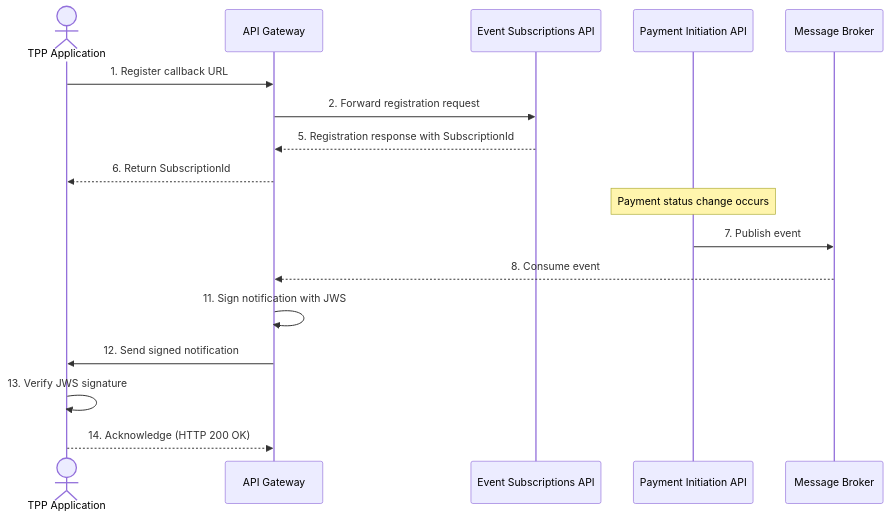
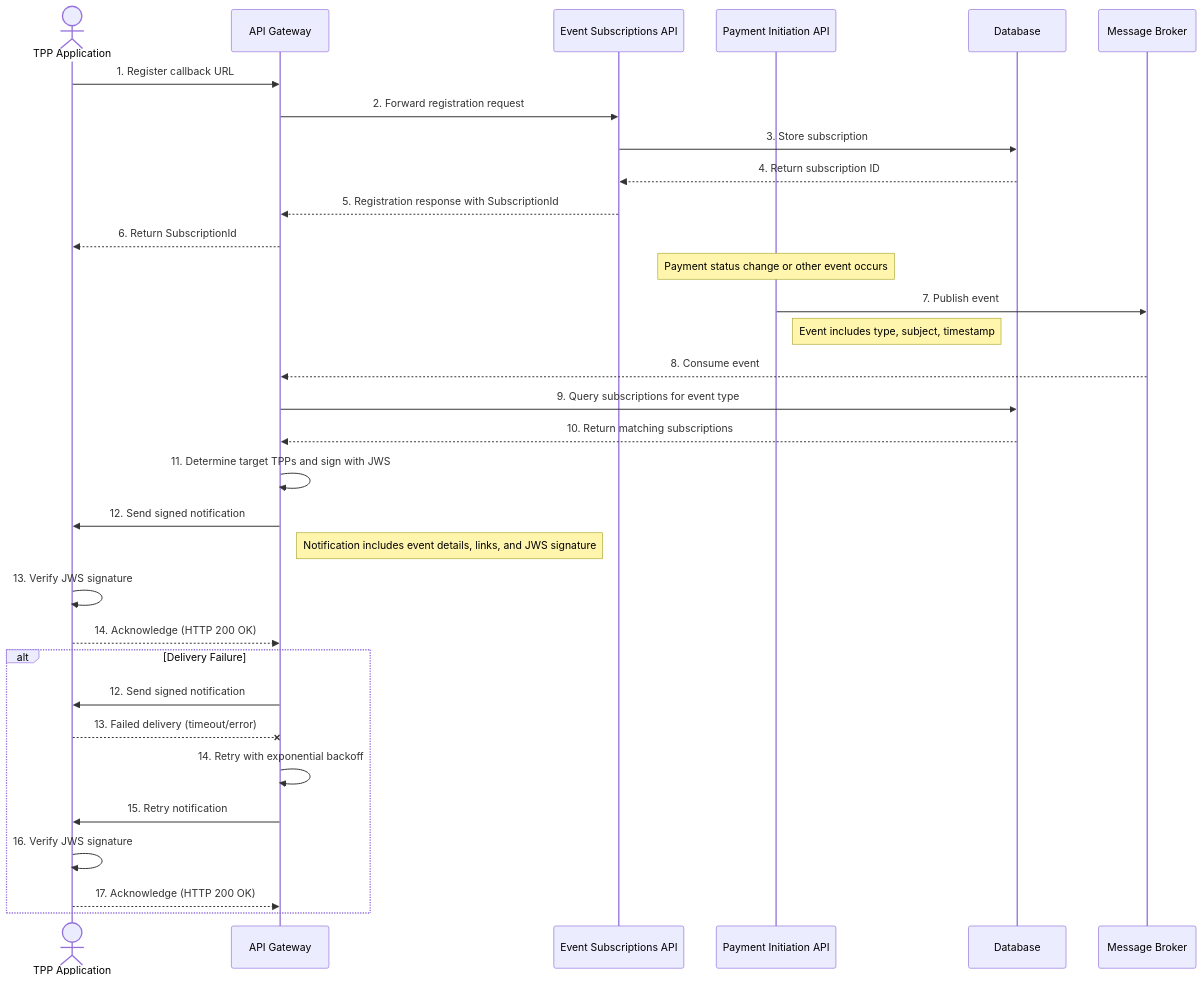
The fourth of 4 diagrams in tyk-docs/content/use-cases/financial-services.md (TykTechnologies/tyk-docs-hugo), drawn with Mermaid before and after one commit. The commit also changed other lines of this file, not shown here.

````diff
--- a/tyk-docs/content/use-cases/financial-services.md
+++ b/tyk-docs/content/use-cases/financial-services.md
@@ -179,23 +272,44 @@
 ```mermaid
 sequenceDiagram
     actor TPP as TPP Application
     participant Gateway as API Gateway
     participant EventAPI as Event Subscriptions API
     participant PaymentAPI as Payment Initiation API
+    participant DB as Database
     participant Kafka as Message Broker
     
+    %% Subscription Registration
     TPP->>Gateway: 1. Register callback URL
     Gateway->>EventAPI: 2. Forward registration request
+    EventAPI->>DB: 3. Store subscription
+    DB-->>EventAPI: 4. Return subscription ID
     EventAPI-->>Gateway: 5. Registration response with SubscriptionId
     Gateway-->>TPP: 6. Return SubscriptionId
     
-    Note over PaymentAPI: Payment status change occurs
+    %% Event Generation
+    Note over PaymentAPI: Payment status change or other event occurs
     PaymentAPI->>Kafka: 7. Publish event
+    Note right of PaymentAPI: Event includes type, subject, timestamp
     
+    %% Event Processing
     Kafka-->>Gateway: 8. Consume event
-    Gateway->>Gateway: 11. Sign notification with JWS
+    Gateway->>DB: 9. Query subscriptions for event type
+    DB-->>Gateway: 10. Return matching subscriptions
+    Gateway->>Gateway: 11. Determine target TPPs and sign with JWS
     
+    %% Notification Delivery
     Gateway->>TPP: 12. Send signed notification
+    Note right of Gateway: Notification includes event details, links, and JWS signature
     TPP->>TPP: 13. Verify JWS signature
     TPP-->>Gateway: 14. Acknowledge (HTTP 200 OK)
+    
+    %% Error Handling (Alternative Flow)
+    alt Delivery Failure
+        Gateway->>TPP: 12. Send signed notification
+        TPP--xGateway: 13. Failed delivery (timeout/error)
+        Gateway->>Gateway: 14. Retry with exponential backoff
+        Gateway->>TPP: 15. Retry notification
+        TPP->>TPP: 16. Verify JWS signature
+        TPP-->>Gateway: 17. Acknowledge (HTTP 200 OK)
+    end
 ```
````
